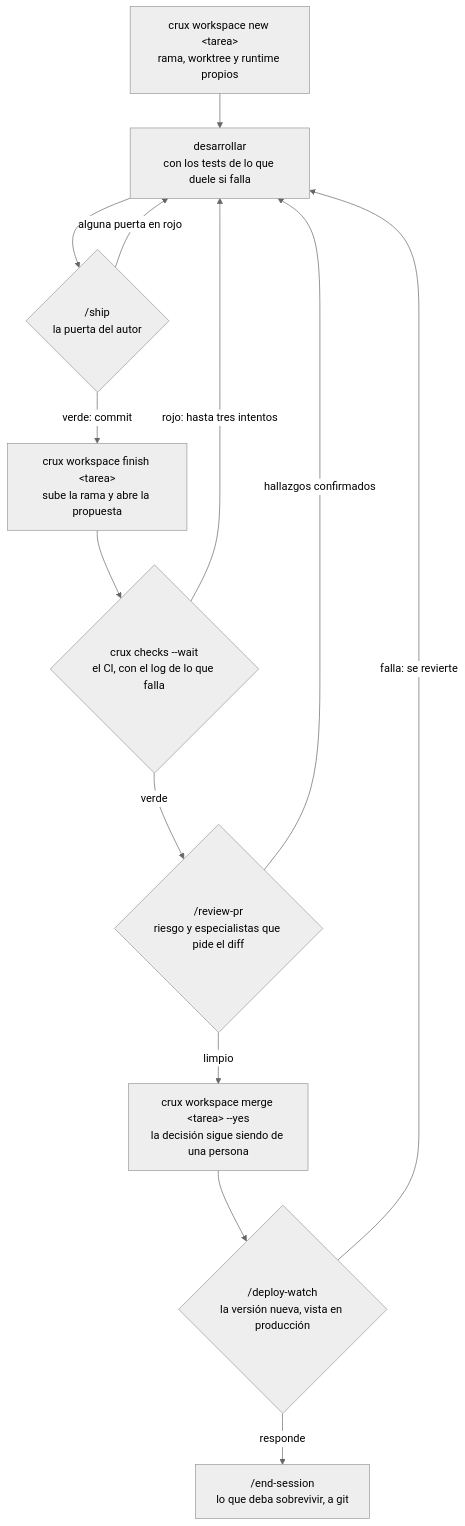
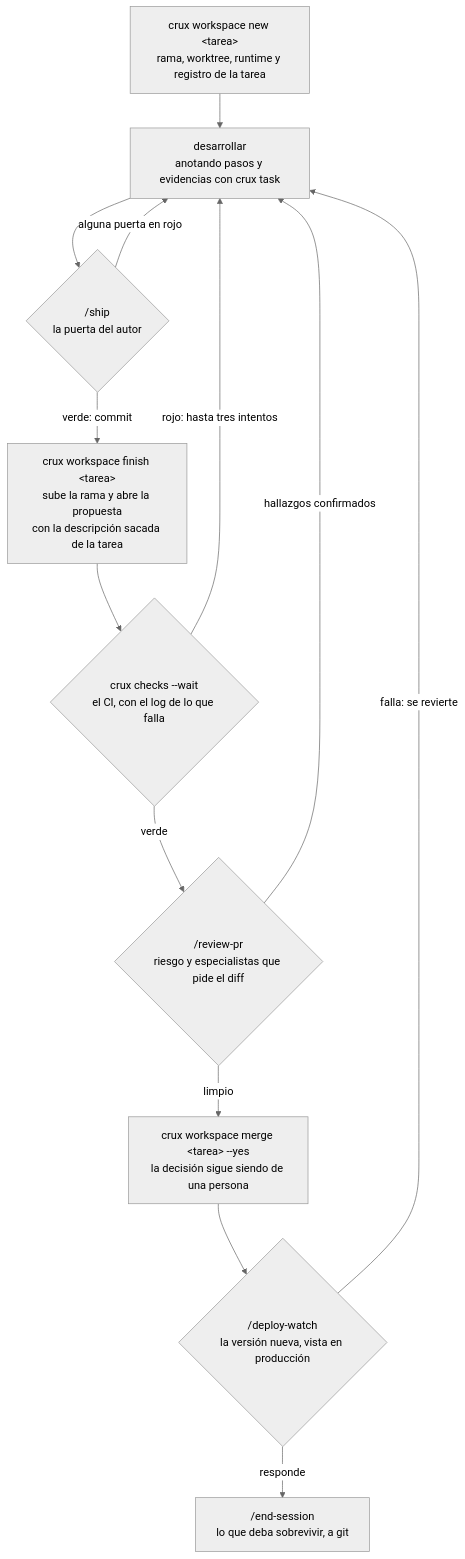
Before and after one commit to jocarrd/crux-agents: the diagram in README.md, drawn with Mermaid (neutral theme). The commit also changed other lines of this file and 14 other files, not shown here.

````diff
--- a/README.md
+++ b/README.md
@@ -131,15 +131,15 @@
 ```mermaid
 flowchart TD
-    A["crux workspace new &lt;tarea&gt;<br/>rama, worktree y runtime propios"] --> B["desarrollar<br/>con los tests de lo que duele si falla"]
+    A["crux workspace new &lt;tarea&gt;<br/>rama, worktree, runtime y registro de la tarea"] --> B["desarrollar<br/>anotando pasos y evidencias con crux task"]
     B --> C{"/ship<br/>la puerta del autor"}
     C -- "alguna puerta en rojo" --> B
-    C -- "verde: commit" --> D["crux workspace finish &lt;tarea&gt;<br/>sube la rama y abre la propuesta"]
+    C -- "verde: commit" --> D["crux workspace finish &lt;tarea&gt;<br/>sube la rama y abre la propuesta<br/>con la descripción sacada de la tarea"]
     D --> CI{"crux checks --wait<br/>el CI, con el log de lo que falla"}
     CI -- "rojo: hasta tres intentos" --> B
     CI -- "verde" --> E{"/review-pr<br/>riesgo y especialistas que pide el diff"}
     E -- "hallazgos confirmados" --> B
     E -- "limpio" --> F["crux workspace merge &lt;tarea&gt; --yes<br/>la decisión sigue siendo de una persona"]
     F --> W{"/deploy-watch<br/>la versión nueva, vista en producción"}
     W -- "falla: se revierte" --> B
     W -- "responde" --> G["/end-session<br/>lo que deba sobrevivir, a git"]
 ```
````
